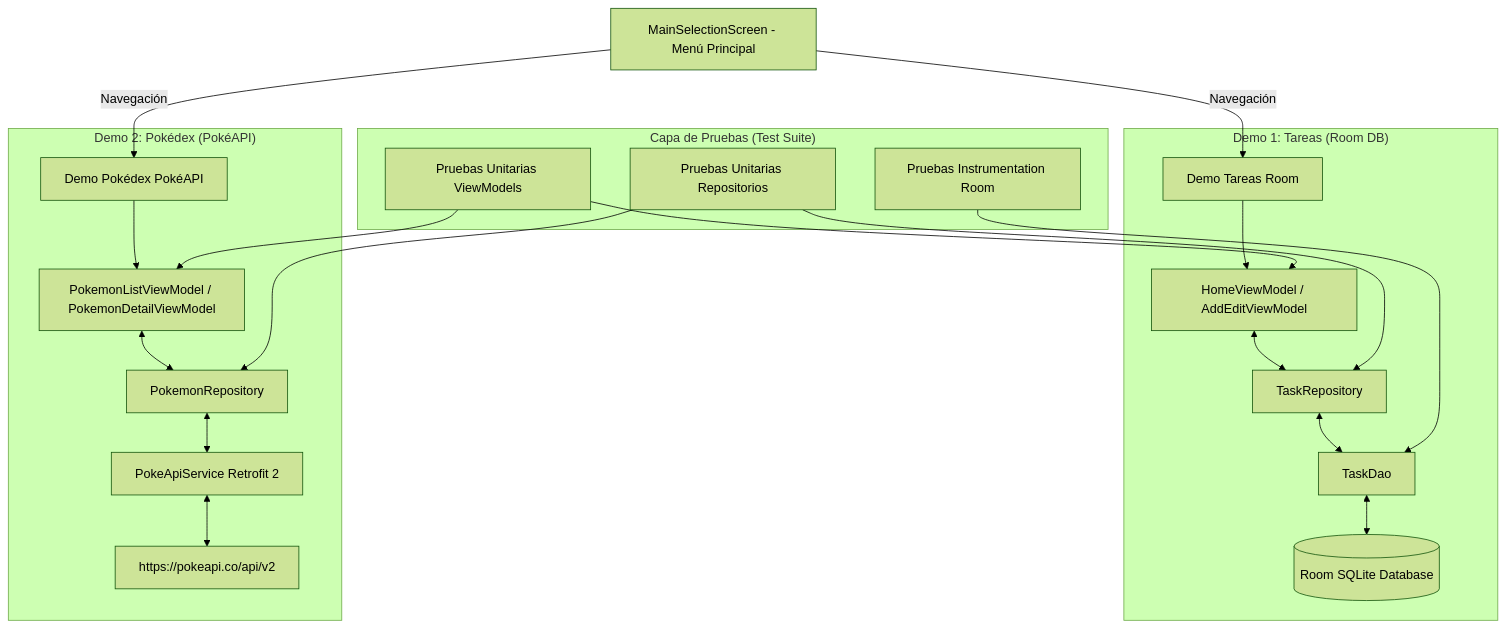
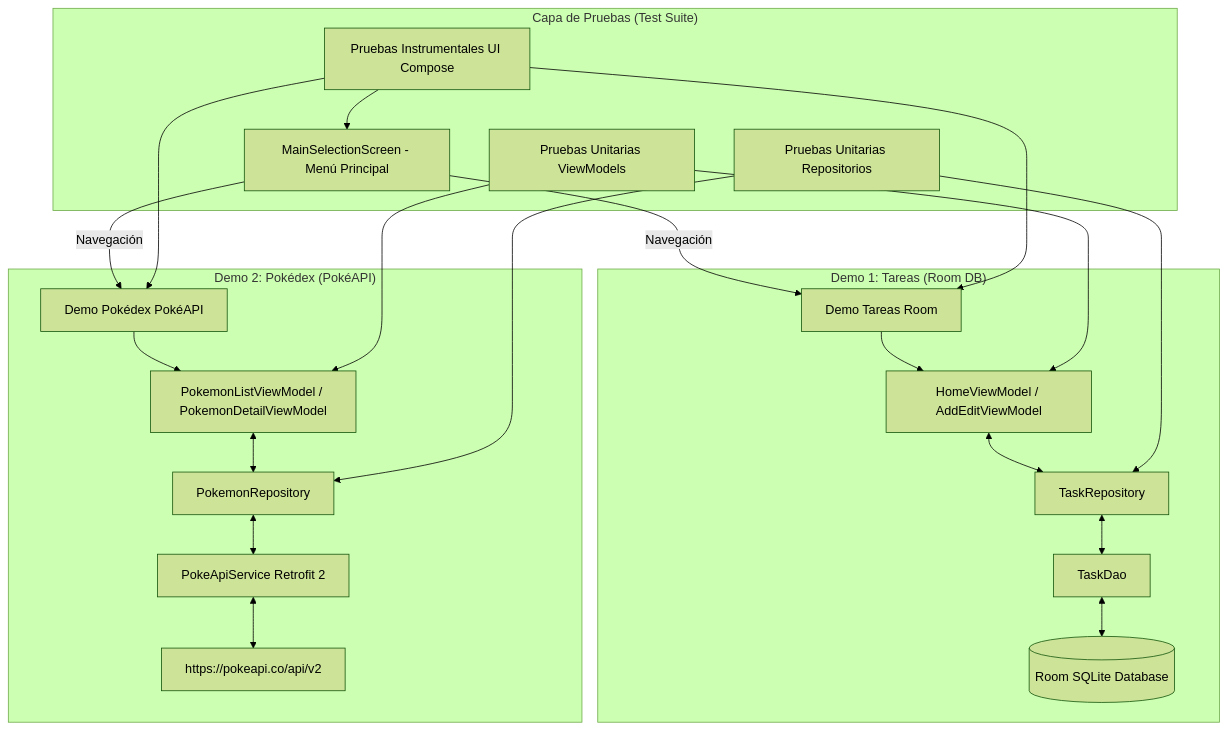
Before and after one commit to kenwhiston/ArchitectureMobileApp: the diagram in README.md, drawn with Mermaid (forest theme). The commit also changed other lines of this file and 8 other files, not shown here.

````diff
--- a/README.md
+++ b/README.md
@@ -13,25 +14,25 @@
 ```mermaid
 graph TD
     MENU[MainSelectionScreen - Menú Principal] --> |Navegación| DEMO1[Demo Tareas Room]
     MENU --> |Navegación| DEMO2[Demo Pokédex PokéAPI]
 
     subgraph "Demo 1: Tareas (Room DB)"
         DEMO1 --> TASK_VM[HomeViewModel / AddEditViewModel]
         TASK_VM <--> TASK_REPO[TaskRepository]
         TASK_REPO <--> TASK_DAO[TaskDao]
         TASK_DAO <--> ROOM[(Room SQLite Database)]
     end
 
     subgraph "Demo 2: Pokédex (PokéAPI)"
         DEMO2 --> POKEMON_VM[PokemonListViewModel / PokemonDetailViewModel]
         POKEMON_VM <--> POKEMON_REPO[PokemonRepository]
         POKEMON_REPO <--> RETROFIT[PokeApiService Retrofit 2]
         RETROFIT <--> API[https://pokeapi.co/api/v2]
     end
 
     subgraph "Capa de Pruebas (Test Suite)"
         TESTS_VM[Pruebas Unitarias ViewModels] --> TASK_VM & POKEMON_VM
         TESTS_REPO[Pruebas Unitarias Repositorios] --> TASK_REPO & POKEMON_REPO
-        TESTS_DAO[Pruebas Instrumentation Room] --> TASK_DAO
+        TESTS_UI[Pruebas Instrumentales UI Compose] --> MENU & DEMO1 & DEMO2
     end
 ```
````
